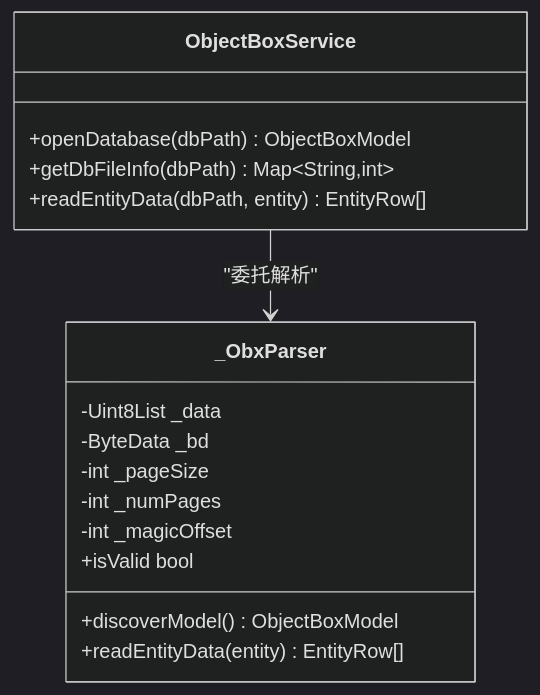
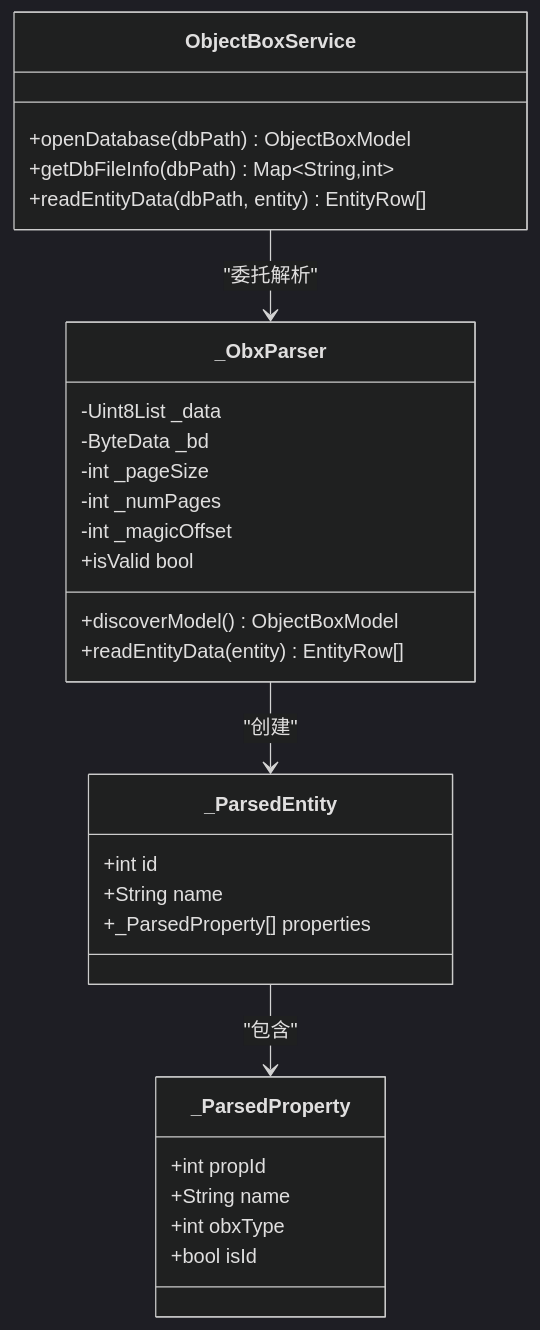
The third of 5 diagrams in .qoder/repowiki/zh/content/核心功能/数据库管理.md (kongpf8848/objectbox_viewer), drawn with Mermaid (dark theme) before and after one commit. The commit also changed other lines of this file and 22 other files, not shown here.

````diff
--- a/.qoder/repowiki/zh/content/核心功能/数据库管理.md
+++ b/.qoder/repowiki/zh/content/核心功能/数据库管理.md
@@ -156,19 +167,32 @@
 ```mermaid
 classDiagram
 class ObjectBoxService {
 +openDatabase(dbPath) ObjectBoxModel
 +getDbFileInfo(dbPath) Map~String,int~
 +readEntityData(dbPath, entity) EntityRow[]
 }
 class _ObxParser {
 -Uint8List _data
 -ByteData _bd
 -int _pageSize
 -int _numPages
 -int _magicOffset
 +isValid bool
 +discoverModel() ObjectBoxModel
 +readEntityData(entity) EntityRow[]
 }
+class _ParsedEntity {
++int id
++String name
++_ParsedProperty[] properties
+}
+class _ParsedProperty {
++int propId
++String name
++int obxType
++bool isId
+}
 ObjectBoxService --> _ObxParser : "委托解析"
+_ObxParser --> _ParsedEntity : "创建"
+_ParsedEntity --> _ParsedProperty : "包含"
 ```
````
